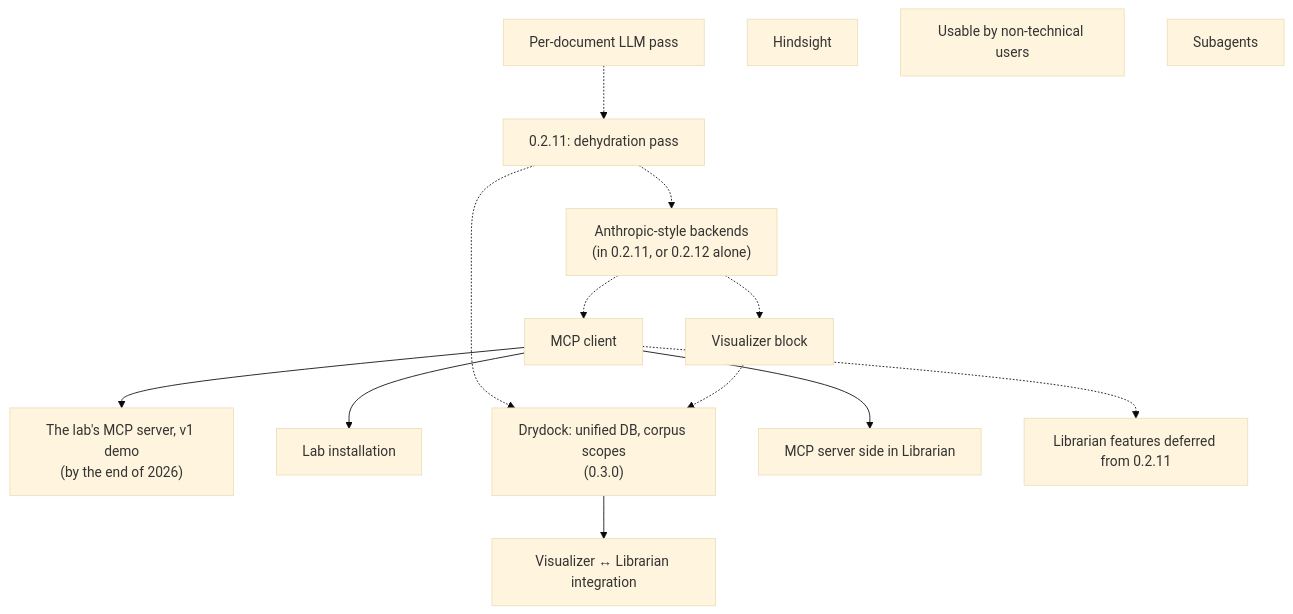
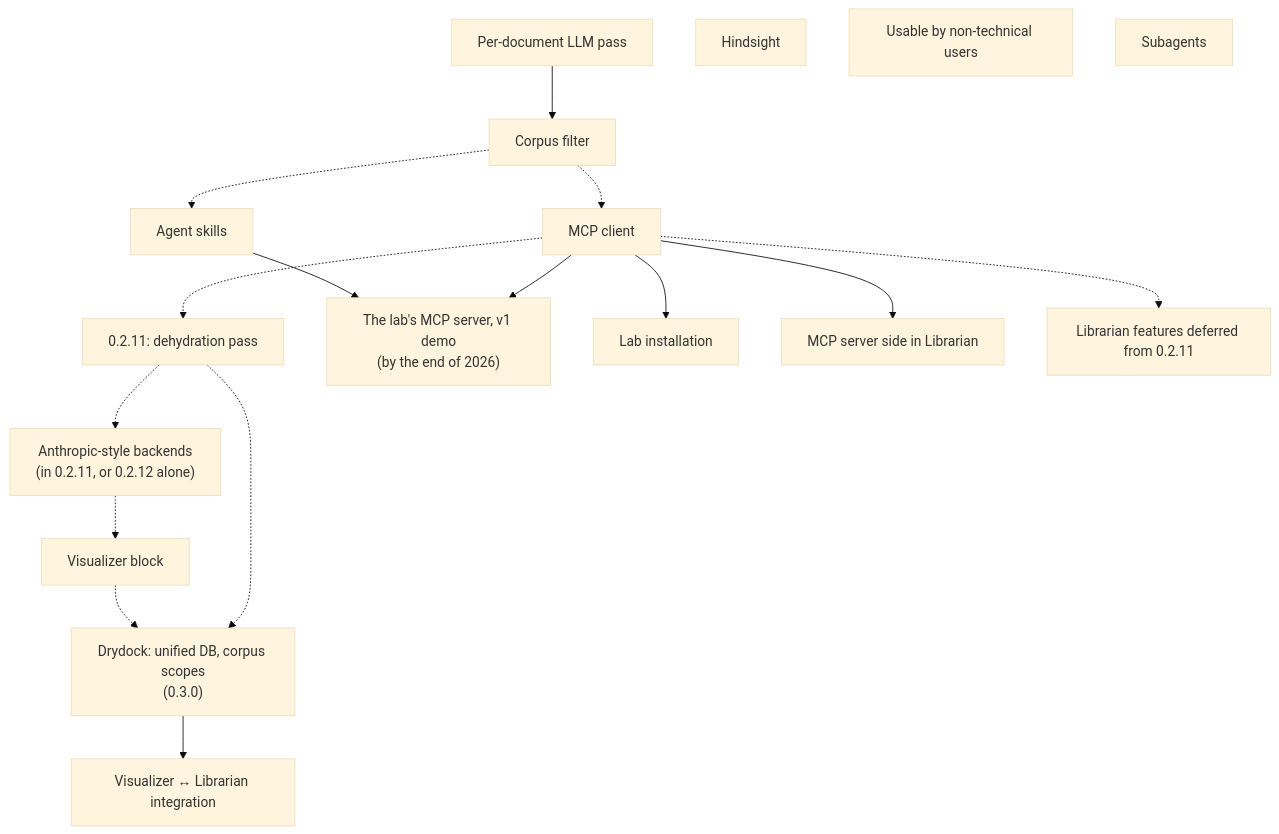
The diagram in briefs/roadmap.md (Technologicat/raven), drawn with Mermaid (base theme) before and after one commit. The commit also changed other lines of this file and 4 other files, not shown here.

First line of the commit message:
Roadmap: the corpus filter after the per-document pass, then MCP with skills

````diff
--- a/briefs/roadmap.md
+++ b/briefs/roadmap.md
@@ -13,29 +13,34 @@
 ```mermaid
 flowchart TD
     PDP["Per-document LLM pass"]
+    CF["Corpus filter"]
+    MCP["MCP client"]
+    SKL["Agent skills"]
     T11["0.2.11: dehydration pass"]
     ANT["Anthropic-style backends<br/>(in 0.2.11, or 0.2.12 alone)"]
     VIS["Visualizer block"]
-    MCP["MCP client"]
     LABMCP["The lab's MCP server, v1 demo<br/>(by the end of 2026)"]
     LABINST["Lab installation"]
     HS["Hindsight"]
     DD["Drydock: unified DB, corpus scopes<br/>(0.3.0)"]
     INTEG["Visualizer ↔ Librarian integration"]
     USE["Usable by non-technical users"]
     SUB["Subagents"]
     MCPS["MCP server side in Librarian"]
     LIBF["Librarian features deferred from 0.2.11"]
 
-    PDP -.-> T11
+    PDP --> CF
+    CF -.-> MCP
+    CF -.-> SKL
+    MCP --> LABMCP
+    SKL --> LABMCP
+    MCP --> LABINST
+    MCP -.-> T11
     T11 -.-> ANT
     ANT -.-> VIS
-    ANT -.-> MCP
-    MCP --> LABMCP
-    MCP --> LABINST
     T11 -.-> DD
     VIS -.-> DD
     DD --> INTEG
     MCP --> MCPS
     MCP -.-> LIBF
 ```
````
